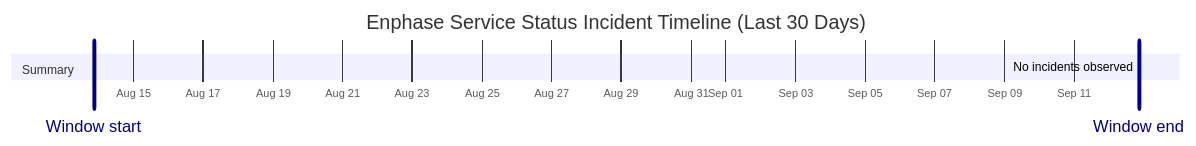
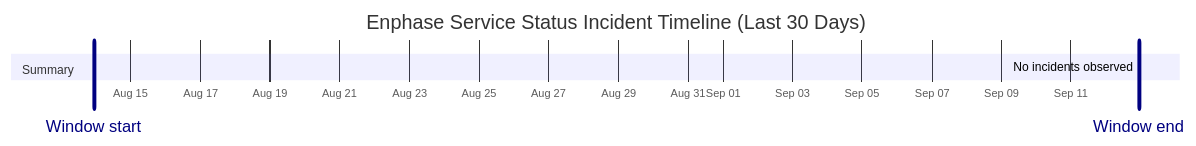
Before and after one commit to barneyonline/ha-enphase-energy: the diagram in wiki/Service-Status-History.md, drawn with Mermaid. The commit also changed other lines of this file and 3 other files, not shown here.

````diff
--- a/wiki/Service-Status-History.md
+++ b/wiki/Service-Status-History.md
@@ -14,10 +14,10 @@
 ```mermaid
 gantt
     title Enphase Service Status Incident Timeline (Last 30 Days)
     dateFormat  YYYY-MM-DDTHH:mm:ss
     axisFormat  %b %d
-    Window start :vert, window-start, 2026-08-13T20:46:38, 0ms
-    Window end :vert, window-end, 2026-09-12T20:46:38, 0ms
+    Window start :vert, window-start, 2026-08-13T22:50:22, 0ms
+    Window end :vert, window-end, 2026-09-12T22:50:22, 0ms
     section Summary
-    No incidents observed :done, 2026-09-12T20:46:38, 1m
+    No incidents observed :done, 2026-09-12T22:50:22, 1m
 ```
````
